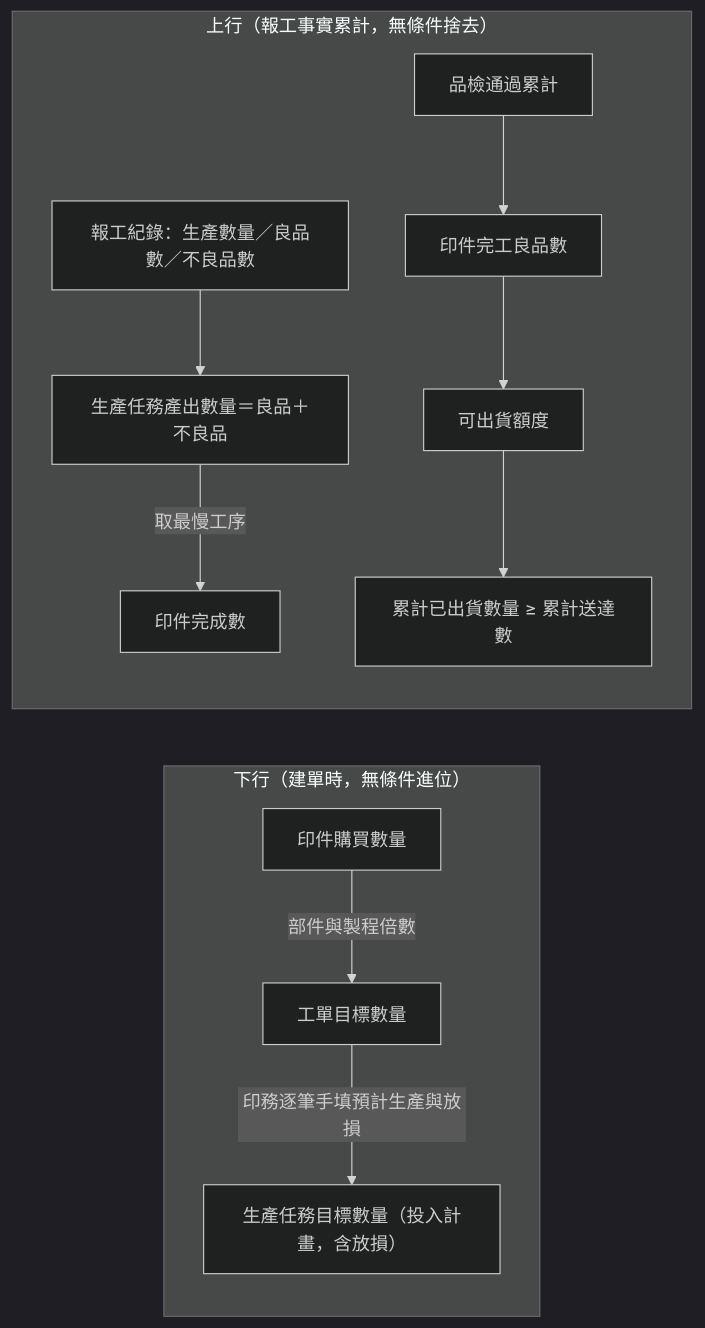
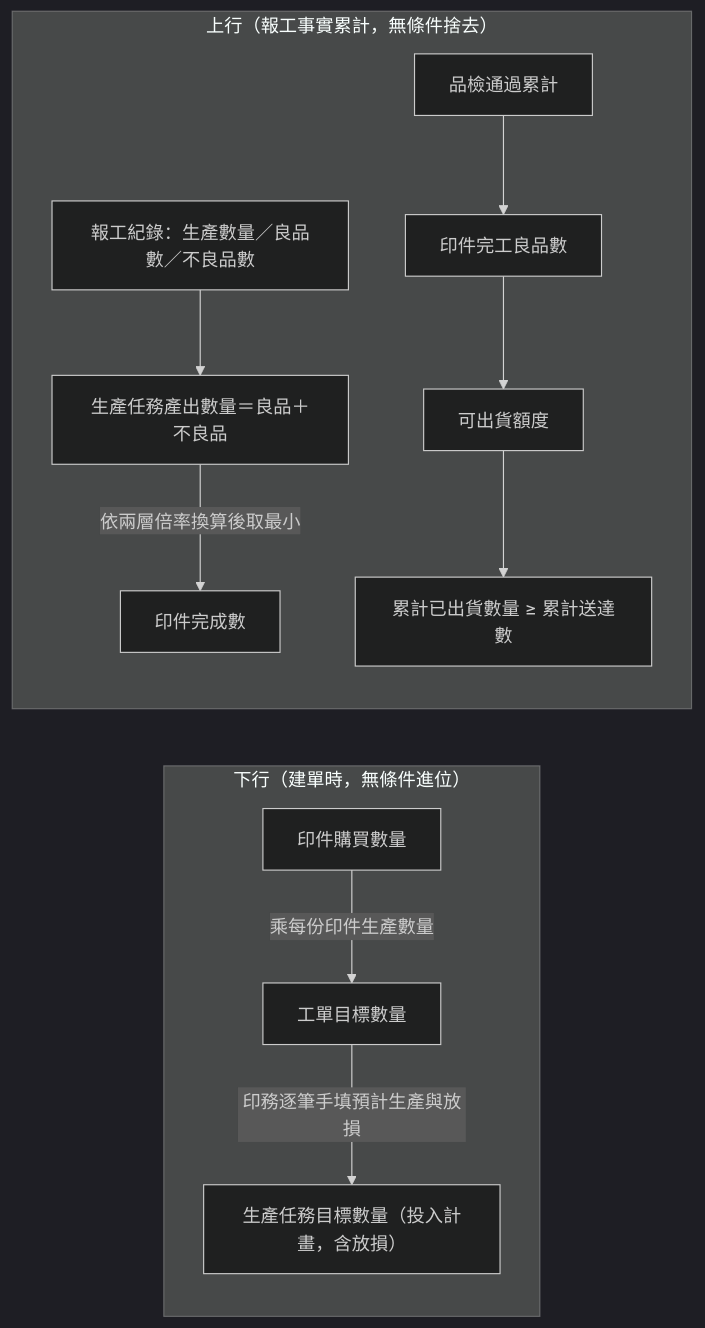
Before and after one commit to Kawato-Miles/erp-spec: the third of 4 diagrams in memory/Sens_wiki/wiki/erp/05-entities/生產領域資料結構總覽.md, drawn with Mermaid (dark theme). The commit also changed other lines of this file and 11 other files, not shown here.

````diff
--- a/memory/Sens_wiki/wiki/erp/05-entities/生產領域資料結構總覽.md
+++ b/memory/Sens_wiki/wiki/erp/05-entities/生產領域資料結構總覽.md
@@ -98,14 +99,14 @@
 ```mermaid
 flowchart LR
     subgraph 下行規劃["下行（建單時，無條件進位）"]
-        Q1["印件購買數量"] -->|"部件與製程倍數"| Q2["工單目標數量"]
+        Q1["印件購買數量"] -->|"乘每份印件生產數量"| Q2["工單目標數量"]
         Q2 -->|"印務逐筆手填預計生產與放損"| Q3["生產任務目標數量（投入計畫，含放損）"]
     end
     subgraph 上行收斂["上行（報工事實累計，無條件捨去）"]
         R1["報工紀錄：生產數量／良品數／不良品數"] --> R2["生產任務產出數量＝良品＋不良品"]
-        R2 -->|"取最慢工序"| R3["印件完成數"]
+        R2 -->|"依兩層倍率換算後取最小"| R3["印件完成數"]
         R4["品檢通過累計"] --> R5["印件完工良品數"]
         R5 --> R6["可出貨額度"]
         R6 --> R7["累計已出貨數量 ≥ 累計送達數"]
     end
 ```
````
